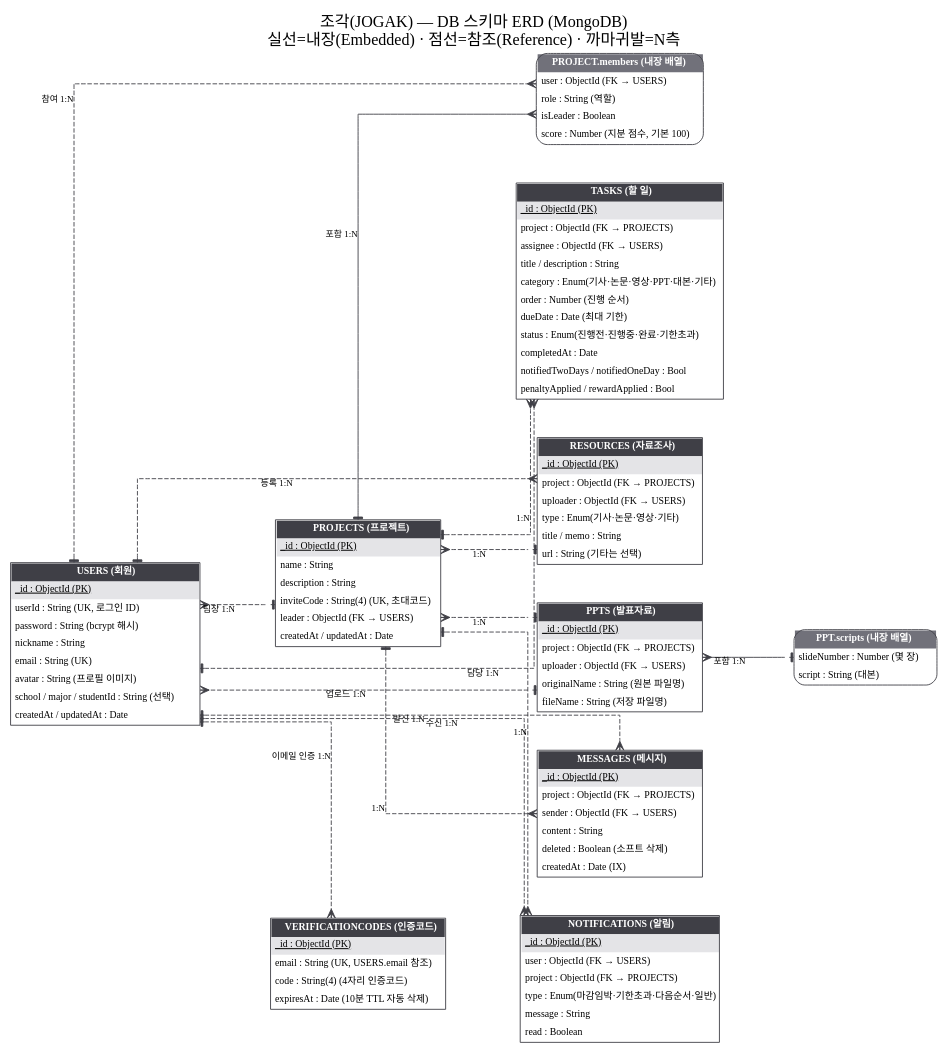
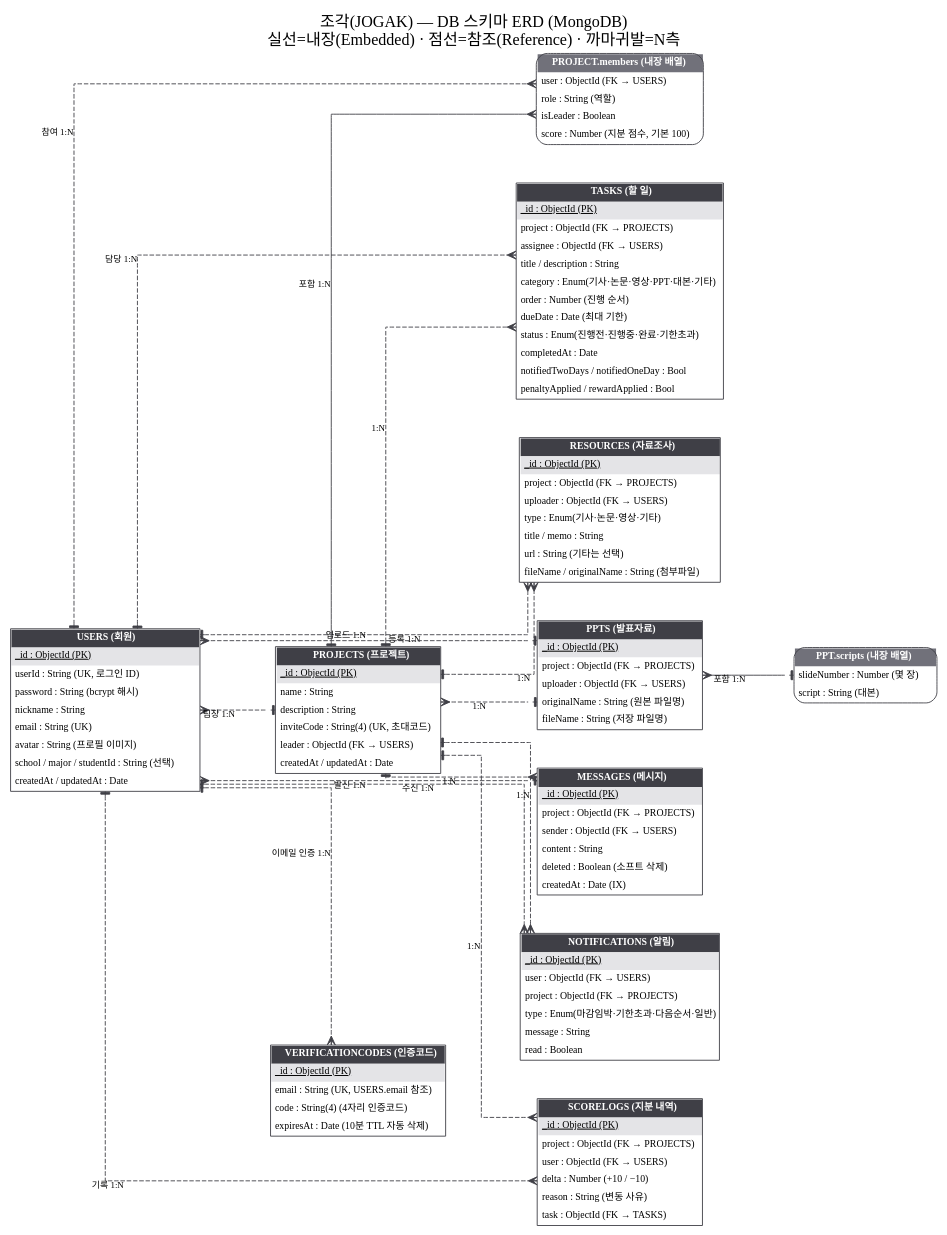
Before and after one commit to JOOKITEZ/DB_Project: the diagram in docs/erd.dot, drawn with Graphviz. The commit also changed 15 other files, not shown here.

```diff
--- a/docs/erd.dot
+++ b/docs/erd.dot
@@ -1,136 +1,150 @@
 // 조별과제 매니저 — ERD (ERwin IE 표기법 스타일)
 // 실선 = 내장(embedded, 식별 관계) / 점선 = 참조(reference, 비식별 관계)
 digraph ERD {
   graph [rankdir=LR, splines=ortho, nodesep=0.6, ranksep=1.1, fontname="NanumGothic", bgcolor=white,
          label="조각(JOGAK) — DB 스키마 ERD (MongoDB)\n실선=내장(Embedded) · 점선=참조(Reference) · 까마귀발=N측", labelloc=t, fontsize=18];
   node  [shape=plain, fontname="NanumGothic", fontsize=11];
   edge  [fontname="NanumGothic", fontsize=10, color="#3f3f46"];
 
   USERS [label=<
     <TABLE BORDER="1" CELLBORDER="0" CELLSPACING="0" CELLPADDING="4" COLOR="#3f3f46">
       <TR><TD BGCOLOR="#3f3f46" ALIGN="CENTER"><FONT COLOR="white"><B>USERS (회원)</B></FONT></TD></TR>
       <TR><TD BGCOLOR="#e4e4e7" ALIGN="LEFT"><U>_id : ObjectId (PK)</U></TD></TR>
       <TR><TD ALIGN="LEFT">userId : String (UK, 로그인 ID)</TD></TR>
       <TR><TD ALIGN="LEFT">password : String (bcrypt 해시)</TD></TR>
       <TR><TD ALIGN="LEFT">nickname : String</TD></TR>
       <TR><TD ALIGN="LEFT">email : String (UK)</TD></TR>
       <TR><TD ALIGN="LEFT">avatar : String (프로필 이미지)</TD></TR>
       <TR><TD ALIGN="LEFT">school / major / studentId : String (선택)</TD></TR>
       <TR><TD ALIGN="LEFT">createdAt / updatedAt : Date</TD></TR>
     </TABLE>>];
 
   PROJECTS [label=<
     <TABLE BORDER="1" CELLBORDER="0" CELLSPACING="0" CELLPADDING="4" COLOR="#3f3f46">
       <TR><TD BGCOLOR="#3f3f46" ALIGN="CENTER"><FONT COLOR="white"><B>PROJECTS (프로젝트)</B></FONT></TD></TR>
       <TR><TD BGCOLOR="#e4e4e7" ALIGN="LEFT"><U>_id : ObjectId (PK)</U></TD></TR>
       <TR><TD ALIGN="LEFT">name : String</TD></TR>
       <TR><TD ALIGN="LEFT">description : String</TD></TR>
       <TR><TD ALIGN="LEFT">inviteCode : String(4) (UK, 초대코드)</TD></TR>
       <TR><TD ALIGN="LEFT">leader : ObjectId (FK → USERS)</TD></TR>
       <TR><TD ALIGN="LEFT">createdAt / updatedAt : Date</TD></TR>
     </TABLE>>];
 
   MEMBERS [label=<
     <TABLE BORDER="1" CELLBORDER="0" CELLSPACING="0" CELLPADDING="4" COLOR="#3f3f46" STYLE="ROUNDED">
       <TR><TD BGCOLOR="#71717a" ALIGN="CENTER"><FONT COLOR="white"><B>PROJECT.members (내장 배열)</B></FONT></TD></TR>
       <TR><TD ALIGN="LEFT">user : ObjectId (FK → USERS)</TD></TR>
       <TR><TD ALIGN="LEFT">role : String (역할)</TD></TR>
       <TR><TD ALIGN="LEFT">isLeader : Boolean</TD></TR>
       <TR><TD ALIGN="LEFT">score : Number (지분 점수, 기본 100)</TD></TR>
     </TABLE>>];
 
   TASKS [label=<
     <TABLE BORDER="1" CELLBORDER="0" CELLSPACING="0" CELLPADDING="4" COLOR="#3f3f46">
       <TR><TD BGCOLOR="#3f3f46" ALIGN="CENTER"><FONT COLOR="white"><B>TASKS (할 일)</B></FONT></TD></TR>
       <TR><TD BGCOLOR="#e4e4e7" ALIGN="LEFT"><U>_id : ObjectId (PK)</U></TD></TR>
       <TR><TD ALIGN="LEFT">project : ObjectId (FK → PROJECTS)</TD></TR>
       <TR><TD ALIGN="LEFT">assignee : ObjectId (FK → USERS)</TD></TR>
       <TR><TD ALIGN="LEFT">title / description : String</TD></TR>
       <TR><TD ALIGN="LEFT">category : Enum(기사·논문·영상·PPT·대본·기타)</TD></TR>
       <TR><TD ALIGN="LEFT">order : Number (진행 순서)</TD></TR>
       <TR><TD ALIGN="LEFT">dueDate : Date (최대 기한)</TD></TR>
       <TR><TD ALIGN="LEFT">status : Enum(진행전·진행중·완료·기한초과)</TD></TR>
       <TR><TD ALIGN="LEFT">completedAt : Date</TD></TR>
       <TR><TD ALIGN="LEFT">notifiedTwoDays / notifiedOneDay : Bool</TD></TR>
       <TR><TD ALIGN="LEFT">penaltyApplied / rewardApplied : Bool</TD></TR>
     </TABLE>>];
 
   RESOURCES [label=<
     <TABLE BORDER="1" CELLBORDER="0" CELLSPACING="0" CELLPADDING="4" COLOR="#3f3f46">
       <TR><TD BGCOLOR="#3f3f46" ALIGN="CENTER"><FONT COLOR="white"><B>RESOURCES (자료조사)</B></FONT></TD></TR>
       <TR><TD BGCOLOR="#e4e4e7" ALIGN="LEFT"><U>_id : ObjectId (PK)</U></TD></TR>
       <TR><TD ALIGN="LEFT">project : ObjectId (FK → PROJECTS)</TD></TR>
       <TR><TD ALIGN="LEFT">uploader : ObjectId (FK → USERS)</TD></TR>
       <TR><TD ALIGN="LEFT">type : Enum(기사·논문·영상·기타)</TD></TR>
       <TR><TD ALIGN="LEFT">title / memo : String</TD></TR>
       <TR><TD ALIGN="LEFT">url : String (기타는 선택)</TD></TR>
+      <TR><TD ALIGN="LEFT">fileName / originalName : String (첨부파일)</TD></TR>
     </TABLE>>];
 
   PPTS [label=<
     <TABLE BORDER="1" CELLBORDER="0" CELLSPACING="0" CELLPADDING="4" COLOR="#3f3f46">
       <TR><TD BGCOLOR="#3f3f46" ALIGN="CENTER"><FONT COLOR="white"><B>PPTS (발표자료)</B></FONT></TD></TR>
       <TR><TD BGCOLOR="#e4e4e7" ALIGN="LEFT"><U>_id : ObjectId (PK)</U></TD></TR>
       <TR><TD ALIGN="LEFT">project : ObjectId (FK → PROJECTS)</TD></TR>
       <TR><TD ALIGN="LEFT">uploader : ObjectId (FK → USERS)</TD></TR>
       <TR><TD ALIGN="LEFT">originalName : String (원본 파일명)</TD></TR>
       <TR><TD ALIGN="LEFT">fileName : String (저장 파일명)</TD></TR>
     </TABLE>>];
 
   SCRIPTS [label=<
     <TABLE BORDER="1" CELLBORDER="0" CELLSPACING="0" CELLPADDING="4" COLOR="#3f3f46" STYLE="ROUNDED">
       <TR><TD BGCOLOR="#71717a" ALIGN="CENTER"><FONT COLOR="white"><B>PPT.scripts (내장 배열)</B></FONT></TD></TR>
       <TR><TD ALIGN="LEFT">slideNumber : Number (몇 장)</TD></TR>
       <TR><TD ALIGN="LEFT">script : String (대본)</TD></TR>
     </TABLE>>];
 
   MESSAGES [label=<
     <TABLE BORDER="1" CELLBORDER="0" CELLSPACING="0" CELLPADDING="4" COLOR="#3f3f46">
       <TR><TD BGCOLOR="#3f3f46" ALIGN="CENTER"><FONT COLOR="white"><B>MESSAGES (메시지)</B></FONT></TD></TR>
       <TR><TD BGCOLOR="#e4e4e7" ALIGN="LEFT"><U>_id : ObjectId (PK)</U></TD></TR>
       <TR><TD ALIGN="LEFT">project : ObjectId (FK → PROJECTS)</TD></TR>
       <TR><TD ALIGN="LEFT">sender : ObjectId (FK → USERS)</TD></TR>
       <TR><TD ALIGN="LEFT">content : String</TD></TR>
       <TR><TD ALIGN="LEFT">deleted : Boolean (소프트 삭제)</TD></TR>
       <TR><TD ALIGN="LEFT">createdAt : Date (IX)</TD></TR>
     </TABLE>>];
 
   NOTIFICATIONS [label=<
     <TABLE BORDER="1" CELLBORDER="0" CELLSPACING="0" CELLPADDING="4" COLOR="#3f3f46">
       <TR><TD BGCOLOR="#3f3f46" ALIGN="CENTER"><FONT COLOR="white"><B>NOTIFICATIONS (알림)</B></FONT></TD></TR>
       <TR><TD BGCOLOR="#e4e4e7" ALIGN="LEFT"><U>_id : ObjectId (PK)</U></TD></TR>
       <TR><TD ALIGN="LEFT">user : ObjectId (FK → USERS)</TD></TR>
       <TR><TD ALIGN="LEFT">project : ObjectId (FK → PROJECTS)</TD></TR>
       <TR><TD ALIGN="LEFT">type : Enum(마감임박·기한초과·다음순서·일반)</TD></TR>
       <TR><TD ALIGN="LEFT">message : String</TD></TR>
       <TR><TD ALIGN="LEFT">read : Boolean</TD></TR>
     </TABLE>>];
 
+  SCORELOGS [label=<
+    <TABLE BORDER="1" CELLBORDER="0" CELLSPACING="0" CELLPADDING="4" COLOR="#3f3f46">
+      <TR><TD BGCOLOR="#3f3f46" ALIGN="CENTER"><FONT COLOR="white"><B>SCORELOGS (지분 내역)</B></FONT></TD></TR>
+      <TR><TD BGCOLOR="#e4e4e7" ALIGN="LEFT"><U>_id : ObjectId (PK)</U></TD></TR>
+      <TR><TD ALIGN="LEFT">project : ObjectId (FK → PROJECTS)</TD></TR>
+      <TR><TD ALIGN="LEFT">user : ObjectId (FK → USERS)</TD></TR>
+      <TR><TD ALIGN="LEFT">delta : Number (+10 / −10)</TD></TR>
+      <TR><TD ALIGN="LEFT">reason : String (변동 사유)</TD></TR>
+      <TR><TD ALIGN="LEFT">task : ObjectId (FK → TASKS)</TD></TR>
+    </TABLE>>];
+
   VERIFICATIONCODES [label=<
     <TABLE BORDER="1" CELLBORDER="0" CELLSPACING="0" CELLPADDING="4" COLOR="#3f3f46">
       <TR><TD BGCOLOR="#3f3f46" ALIGN="CENTER"><FONT COLOR="white"><B>VERIFICATIONCODES (인증코드)</B></FONT></TD></TR>
       <TR><TD BGCOLOR="#e4e4e7" ALIGN="LEFT"><U>_id : ObjectId (PK)</U></TD></TR>
       <TR><TD ALIGN="LEFT">email : String (UK, USERS.email 참조)</TD></TR>
       <TR><TD ALIGN="LEFT">code : String(4) (4자리 인증코드)</TD></TR>
       <TR><TD ALIGN="LEFT">expiresAt : Date (10분 TTL 자동 삭제)</TD></TR>
     </TABLE>>];
 
   // ── 관계 (1측 = tee, N측 = crow) ──
   // 내장(식별) 관계: 실선
   PROJECTS -> MEMBERS [dir=both, arrowtail=tee, arrowhead=crow, xlabel="포함 1:N"];
   PPTS     -> SCRIPTS [dir=both, arrowtail=tee, arrowhead=crow, xlabel="포함 1:N"];
 
   // 참조(비식별) 관계: 점선
   USERS    -> MEMBERS       [dir=both, arrowtail=tee, arrowhead=crow, style=dashed, xlabel="참여 1:N"];
   USERS    -> PROJECTS      [dir=both, arrowtail=tee, arrowhead=crow, style=dashed, xlabel="팀장 1:N"];
   PROJECTS -> TASKS         [dir=both, arrowtail=tee, arrowhead=crow, style=dashed, xlabel="1:N"];
   USERS    -> TASKS         [dir=both, arrowtail=tee, arrowhead=crow, style=dashed, xlabel="담당 1:N"];
   PROJECTS -> RESOURCES     [dir=both, arrowtail=tee, arrowhead=crow, style=dashed, xlabel="1:N"];
   USERS    -> RESOURCES     [dir=both, arrowtail=tee, arrowhead=crow, style=dashed, xlabel="등록 1:N"];
   PROJECTS -> PPTS          [dir=both, arrowtail=tee, arrowhead=crow, style=dashed, xlabel="1:N"];
   USERS    -> PPTS          [dir=both, arrowtail=tee, arrowhead=crow, style=dashed, xlabel="업로드 1:N"];
   PROJECTS -> MESSAGES      [dir=both, arrowtail=tee, arrowhead=crow, style=dashed, xlabel="1:N"];
   USERS    -> MESSAGES      [dir=both, arrowtail=tee, arrowhead=crow, style=dashed, xlabel="발신 1:N"];
   PROJECTS -> NOTIFICATIONS [dir=both, arrowtail=tee, arrowhead=crow, style=dashed, xlabel="1:N"];
   USERS    -> NOTIFICATIONS [dir=both, arrowtail=tee, arrowhead=crow, style=dashed, xlabel="수신 1:N"];
   USERS    -> VERIFICATIONCODES [dir=both, arrowtail=tee, arrowhead=crow, style=dashed, xlabel="이메일 인증 1:N"];
+  PROJECTS -> SCORELOGS     [dir=both, arrowtail=tee, arrowhead=crow, style=dashed, xlabel="1:N"];
+  USERS    -> SCORELOGS     [dir=both, arrowtail=tee, arrowhead=crow, style=dashed, xlabel="기록 1:N"];
 }
```
